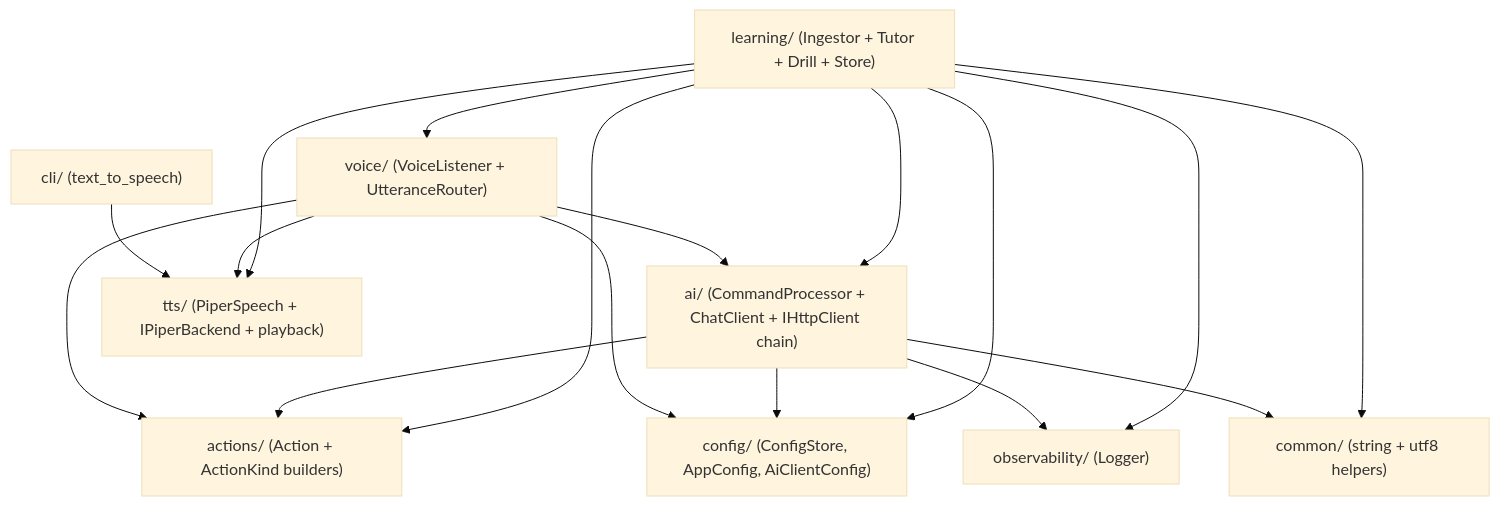
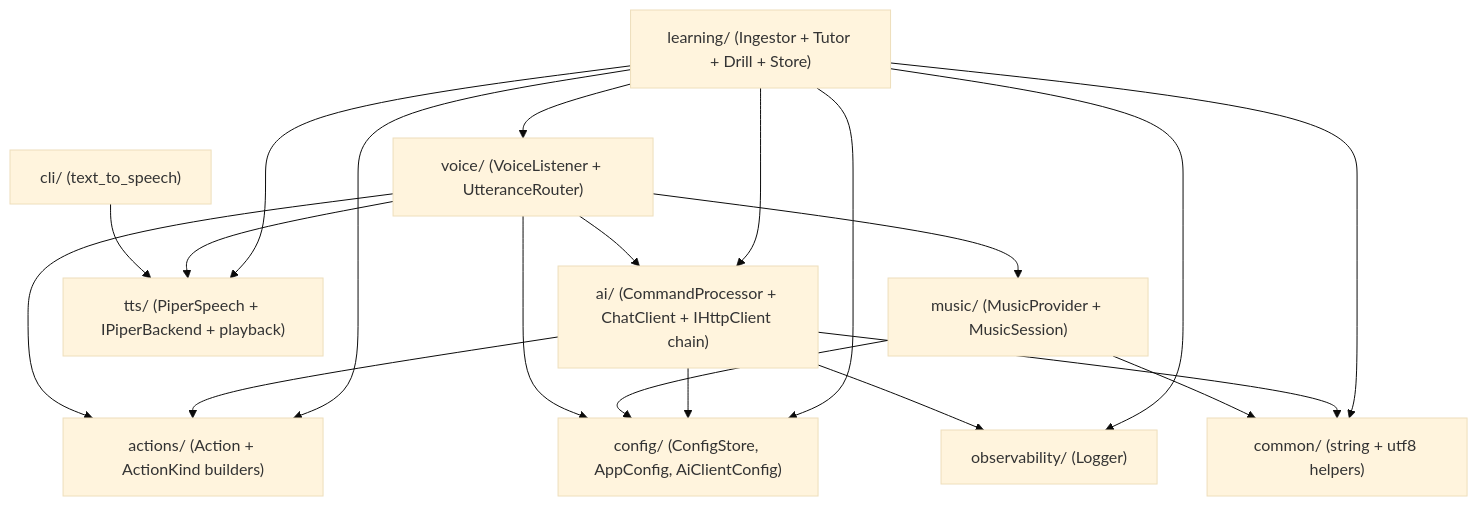
The diagram in sound/src/README.md (vduckute1812/hecquin), drawn with Mermaid (base theme) before and after one commit. The commit also changed other lines of this file and 16 other files, not shown here.

````diff
--- a/sound/src/README.md
+++ b/sound/src/README.md
@@ -58,29 +59,33 @@
 ```mermaid
 flowchart TD
     cli["cli/ (text_to_speech)"]
     voice["voice/ (VoiceListener + UtteranceRouter)"]
     ai["ai/ (CommandProcessor + ChatClient + IHttpClient chain)"]
     actions["actions/ (Action + ActionKind builders)"]
     tts["tts/ (PiperSpeech + IPiperBackend + playback)"]
     learning["learning/ (Ingestor + Tutor + Drill + Store)"]
+    music["music/ (MusicProvider + MusicSession)"]
     config["config/ (ConfigStore, AppConfig, AiClientConfig)"]
     obs["observability/ (Logger)"]
     common["common/ (string + utf8 helpers)"]
 
     cli --> tts
     voice --> tts
     voice --> ai
     voice --> actions
+    voice --> music
     voice --> config
+    music --> config
     ai --> actions
     ai --> config
     ai --> obs
     learning --> ai
     learning --> voice
     learning --> tts
     learning --> config
     learning --> actions
     learning --> obs
+    music --> common
     ai --> common
     learning --> common
 ```
````
